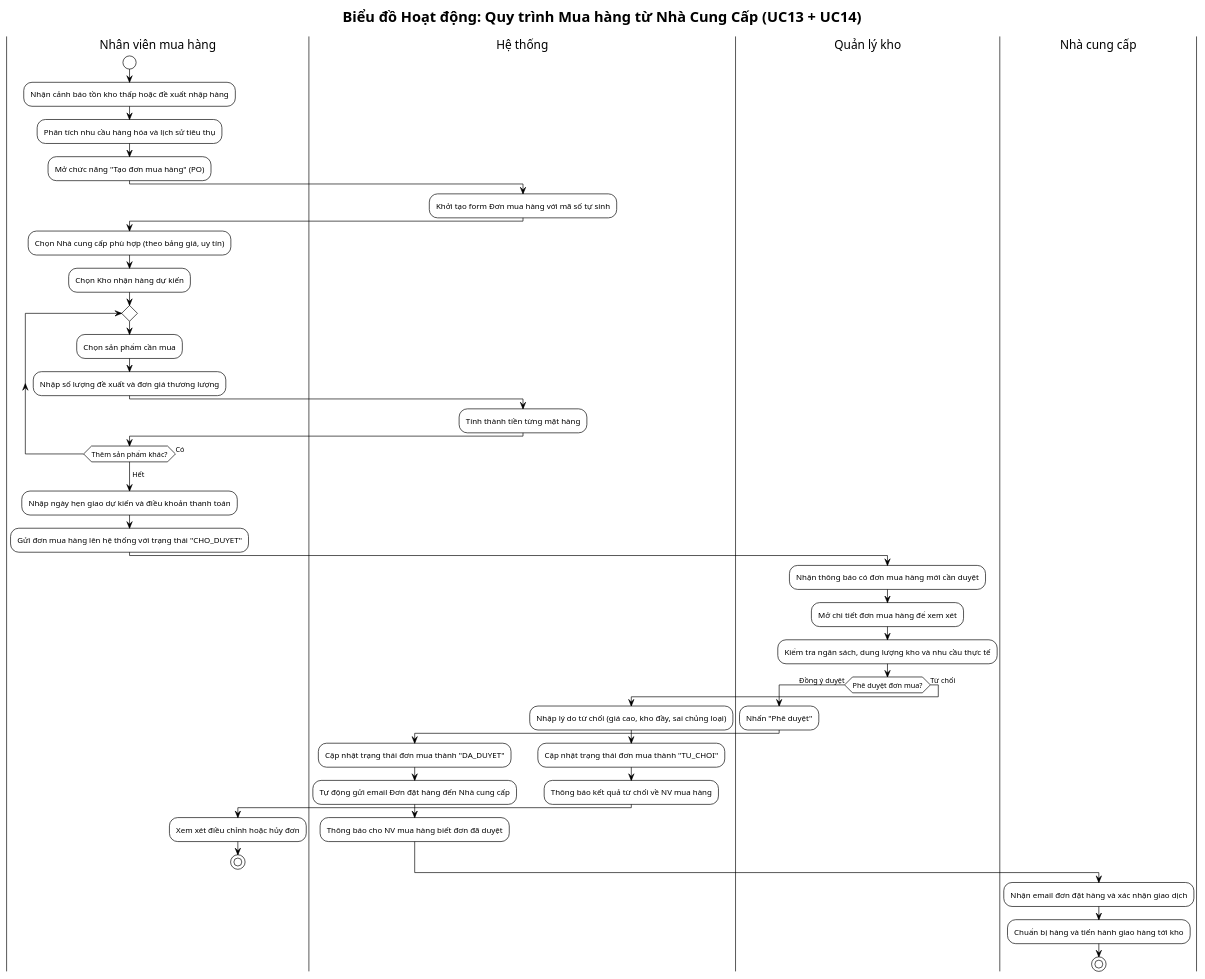
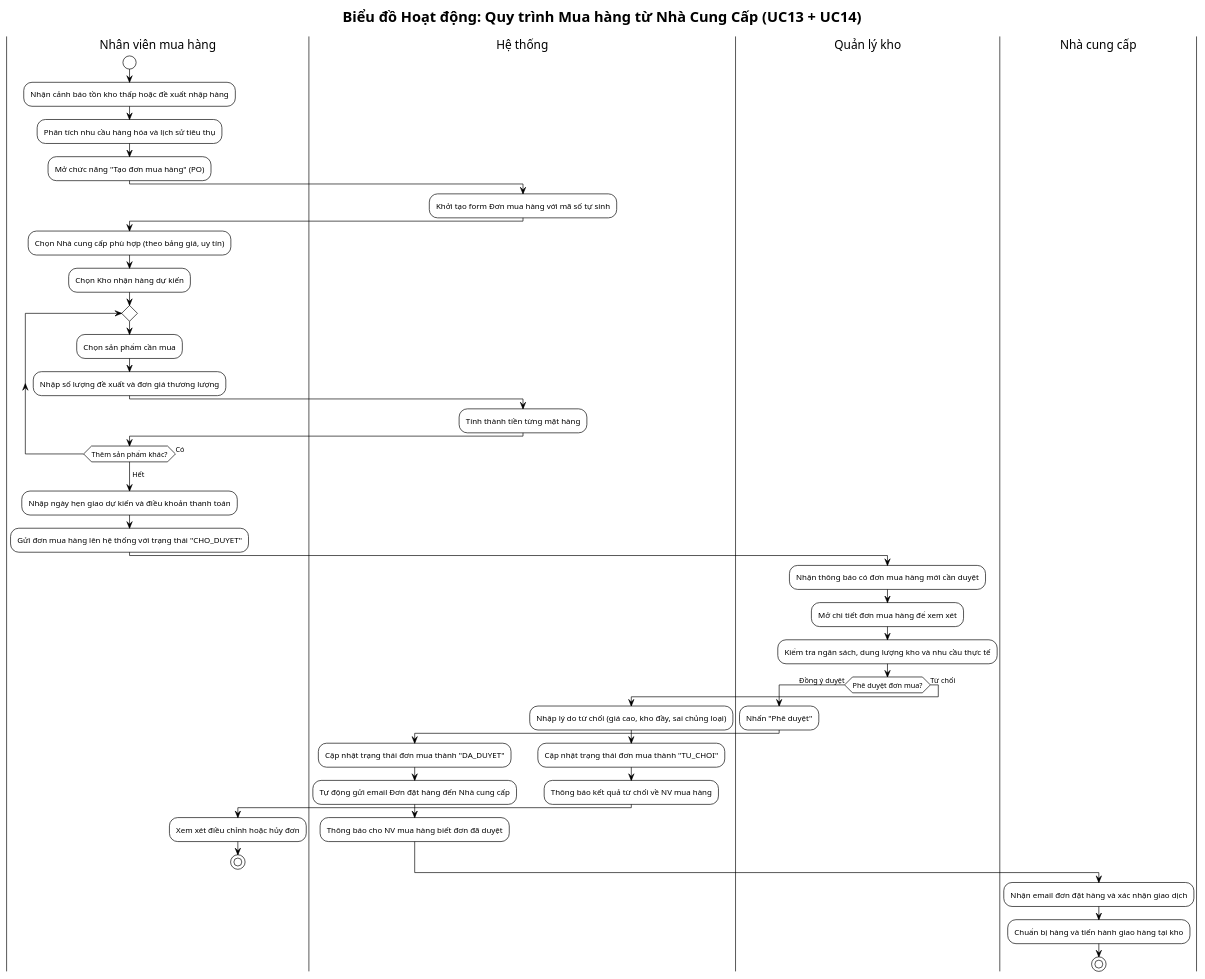
The fourth of 4 diagrams in BTL-QuanLyKhoHang/plantuml/activity-diagrams.puml (vuhoabinh2416137/G8_Quanlysanphamvakhohang), drawn with PlantUML before and after one commit. The commit also changed other lines of this file and 61 other files, not shown here.

```diff
--- a/BTL-QuanLyKhoHang/plantuml/activity-diagrams.puml
+++ b/BTL-QuanLyKhoHang/plantuml/activity-diagrams.puml
@@ -225,54 +173,55 @@
 @startuml activity-mua-hang
 !theme plain
+skinparam defaultFontName "Arial"
 title Biểu đồ Hoạt động: Quy trình Mua hàng từ Nhà Cung Cấp (UC13 + UC14)
 
 |Nhân viên mua hàng|
 start
 :Nhận cảnh báo tồn kho thấp hoặc đề xuất nhập hàng;
 :Phân tích nhu cầu hàng hóa và lịch sử tiêu thụ;
 :Mở chức năng "Tạo đơn mua hàng" (PO);
 
 |Hệ thống|
 :Khởi tạo form Đơn mua hàng với mã số tự sinh;
 
 |Nhân viên mua hàng|
 :Chọn Nhà cung cấp phù hợp (theo bảng giá, uy tín);
 :Chọn Kho nhận hàng dự kiến;
 repeat
     :Chọn sản phẩm cần mua;
     :Nhập số lượng đề xuất và đơn giá thương lượng;
     |Hệ thống|
     :Tính thành tiền từng mặt hàng;
     |Nhân viên mua hàng|
 repeat while (Thêm sản phẩm khác?) is (Có)
 -> Hết;
 
 :Nhập ngày hẹn giao dự kiến và điều khoản thanh toán;
 :Gửi đơn mua hàng lên hệ thống với trạng thái "CHO_DUYET";
 
 |Quản lý kho|
 :Nhận thông báo có đơn mua hàng mới cần duyệt;
 :Mở chi tiết đơn mua hàng để xem xét;
 :Kiểm tra ngân sách, dung lượng kho và nhu cầu thực tế;
 
 if (Phê duyệt đơn mua?) then (Đồng ý duyệt)
     :Nhấn "Phê duyệt";
     |Hệ thống|
     :Cập nhật trạng thái đơn mua thành "DA_DUYET";
     :Tự động gửi email Đơn đặt hàng đến Nhà cung cấp;
     :Thông báo cho NV mua hàng biết đơn đã duyệt;
 else (Từ chối)
     :Nhập lý do từ chối (giá cao, kho đầy, sai chủng loại);
     |Hệ thống|
     :Cập nhật trạng thái đơn mua thành "TU_CHOI";
     :Thông báo kết quả từ chối về NV mua hàng;
     |Nhân viên mua hàng|
     :Xem xét điều chỉnh hoặc hủy đơn;
     stop
 endif
 
 |Nhà cung cấp|
 :Nhận email đơn đặt hàng và xác nhận giao dịch;
-:Chuẩn bị hàng và tiến hành giao hàng tới kho;
+:Chuẩn bị hàng và tiến hành giao hàng tại kho;
 stop
 @enduml
```
